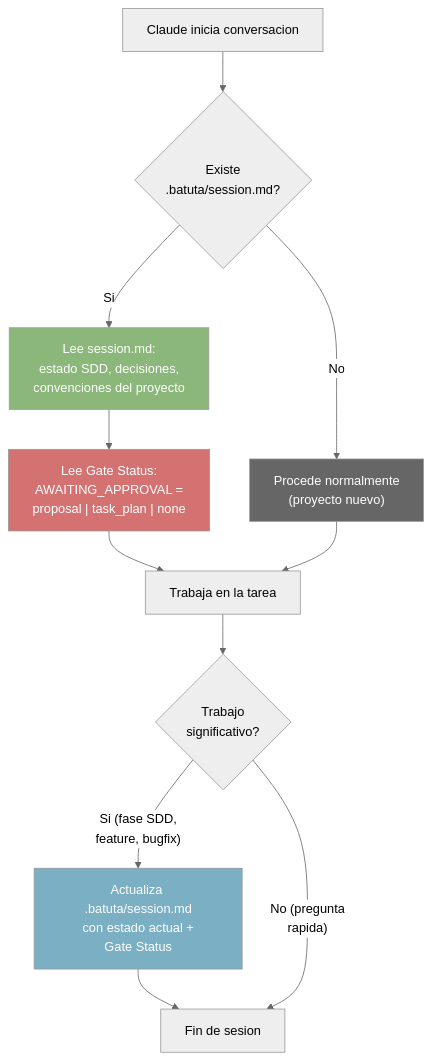
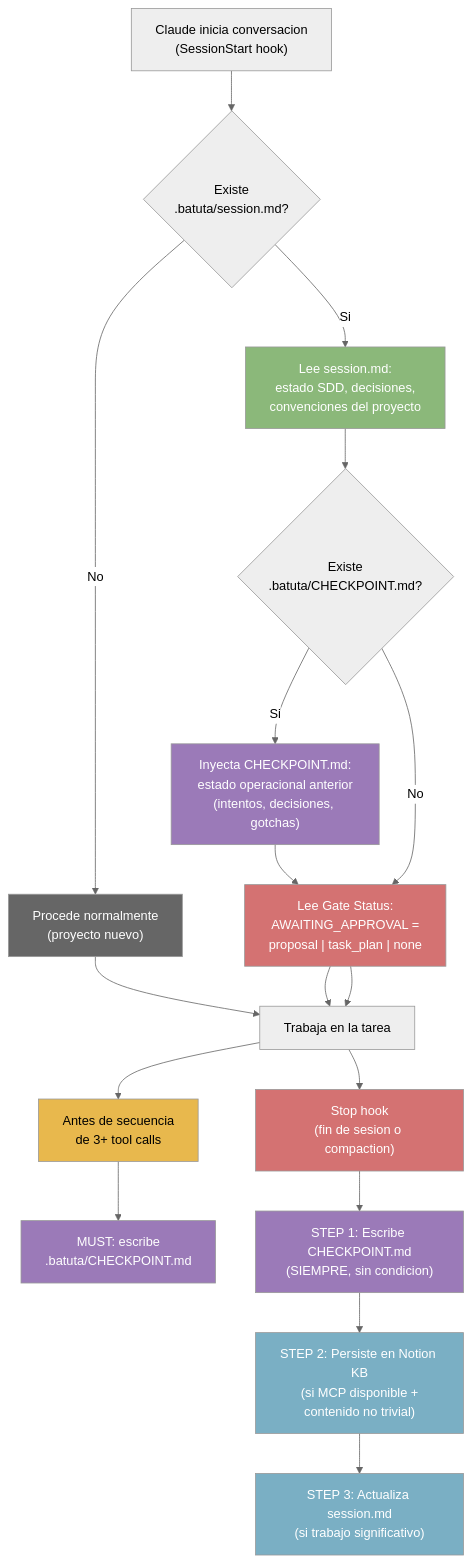
One commit to jota-batuta/batuta-dots changed the tenth of 31 diagrams in docs/architecture/arquitectura-diagrama.md. Above: the diagram before and after it, drawn with Mermaid (neutral theme). The commit also changed other lines of this file and 3 other files, not shown here.

````diff
--- a/docs/architecture/arquitectura-diagrama.md
+++ b/docs/architecture/arquitectura-diagrama.md
@@ -438,24 +438,37 @@
 ```mermaid
 flowchart TD
-    START["Claude inicia conversacion"]
-    CHECK{"Existe<br/>.batuta/session.md?"}
+    START["Claude inicia conversacion<br/>(SessionStart hook)"]
+    CHECK_SESSION{"Existe<br/>.batuta/session.md?"}
+    CHECK_CP{"Existe<br/>.batuta/CHECKPOINT.md?"}
     READ_SESSION["Lee session.md:<br/>estado SDD, decisiones,<br/>convenciones del proyecto"]
+    READ_CP["Inyecta CHECKPOINT.md:<br/>estado operacional anterior<br/>(intentos, decisiones, gotchas)"]
     READ_GATE["Lee Gate Status:<br/>AWAITING_APPROVAL =<br/>proposal | task_plan | none"]
     NO_SESSION["Procede normalmente<br/>(proyecto nuevo)"]
     WORK["Trabaja en la tarea"]
-    SIGNIFICANT{"Trabajo<br/>significativo?"}
-    UPDATE["Actualiza .batuta/session.md<br/>con estado actual +<br/>Gate Status"]
-    END_SESSION["Fin de sesion"]
+    BEFORE3["Antes de secuencia<br/>de 3+ tool calls"]
+    WRITE_CP["MUST: escribe<br/>.batuta/CHECKPOINT.md"]
+    STOP_HOOK["Stop hook<br/>(fin de sesion o compaction)"]
+    CP_MANDATORY["STEP 1: Escribe CHECKPOINT.md<br/>(SIEMPRE, sin condicion)"]
+    NOTION_PERSIST["STEP 2: Persiste en Notion KB<br/>(si MCP disponible +<br/>contenido no trivial)"]
+    UPDATE_SESSION["STEP 3: Actualiza session.md<br/>(si trabajo significativo)"]
 
-    START --> CHECK
-    CHECK -->|"Si"| READ_SESSION --> READ_GATE --> WORK
-    CHECK -->|"No"| NO_SESSION --> WORK
-    WORK --> SIGNIFICANT
-    SIGNIFICANT -->|"Si (fase SDD,<br/>feature, bugfix)"| UPDATE --> END_SESSION
-    SIGNIFICANT -->|"No (pregunta<br/>rapida)"| END_SESSION
+    START --> CHECK_SESSION
+    CHECK_SESSION -->|"Si"| READ_SESSION --> CHECK_CP
+    CHECK_SESSION -->|"No"| NO_SESSION --> WORK
+    CHECK_CP -->|"Si"| READ_CP --> READ_GATE --> WORK
+    CHECK_CP -->|"No"| READ_GATE --> WORK
+    WORK --> BEFORE3 --> WRITE_CP
+    WORK --> STOP_HOOK
+    STOP_HOOK --> CP_MANDATORY --> NOTION_PERSIST --> UPDATE_SESSION
 
     style READ_SESSION fill:#8BB87A,color:#fff
+    style READ_CP fill:#9B7AB8,color:#fff
     style READ_GATE fill:#D47272,color:#fff
-    style UPDATE fill:#7AAFC4,color:#fff
+    style WRITE_CP fill:#9B7AB8,color:#fff
+    style CP_MANDATORY fill:#9B7AB8,color:#fff
+    style NOTION_PERSIST fill:#7AAFC4,color:#fff
+    style UPDATE_SESSION fill:#7AAFC4,color:#fff
     style NO_SESSION fill:#666,color:#fff
+    style STOP_HOOK fill:#D47272,color:#fff
+    style BEFORE3 fill:#E8B84D,color:#000
 ```
````
